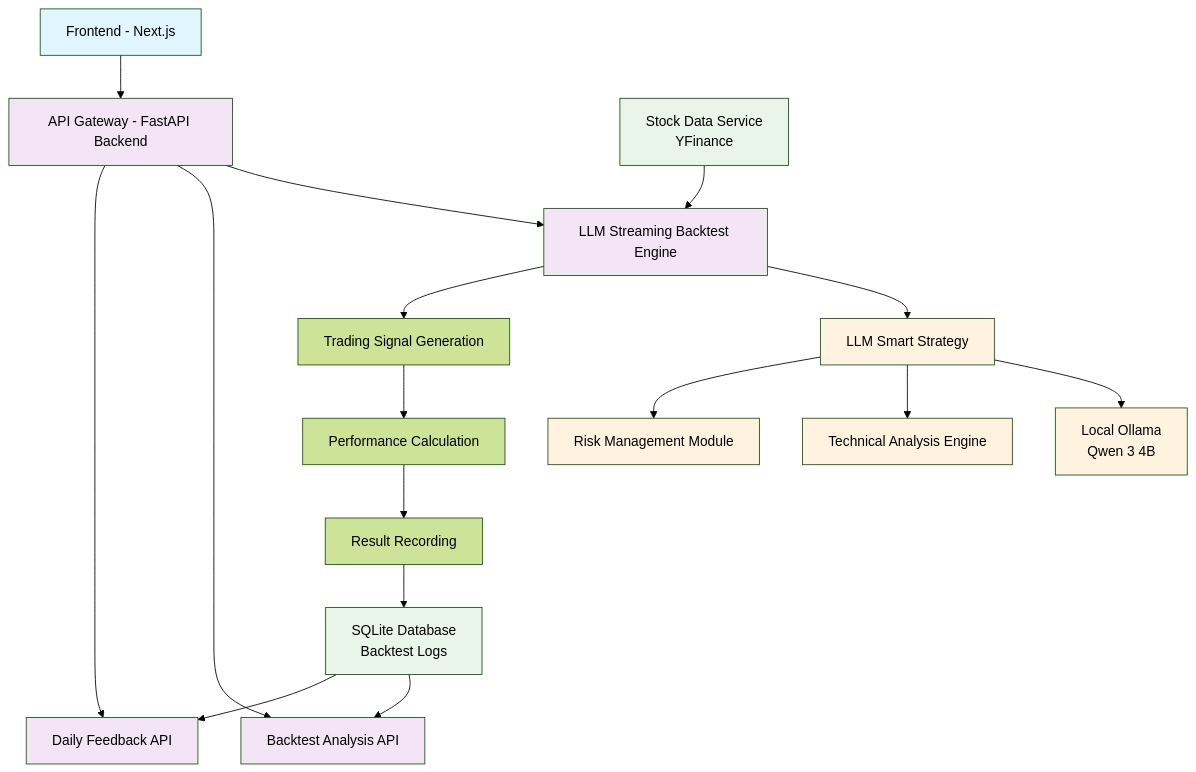
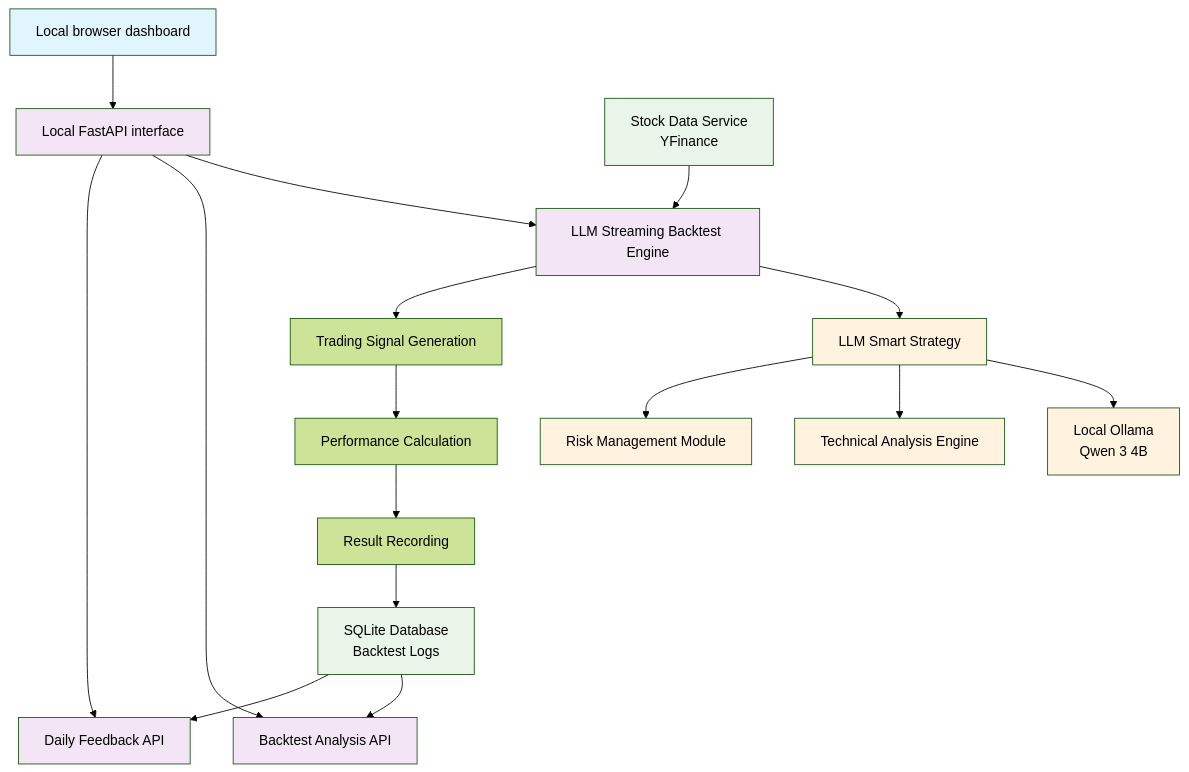
Before and after one commit to TomeyGeneralCompany/llm-stock-trader-of-awesomeness: the diagram in README.md, drawn with Mermaid (forest theme). The commit also changed other lines of this file and 13 other files, not shown here.

Commit message:
Keep the dashboard and Ollama on loopback with local controller storage

````diff
--- a/README.md
+++ b/README.md
@@ -30,38 +34,38 @@
 ```mermaid
 flowchart TD
     %% User Interface Layer
-    A[Frontend - Next.js] --> B[API Gateway - FastAPI Backend]
+    A[Local browser dashboard] --> B[Local FastAPI interface]
     
     %% Main Function Modules
     B --> C[LLM Streaming Backtest Engine]
     B --> D[Backtest Analysis API]
     B --> E[Daily Feedback API]
     
     %% Data Layer
     F[Stock Data Service<br/>YFinance] --> C
     G[SQLite Database<br/>Backtest Logs] --> D
     G --> E
     
     %% LLM Strategy Engine
     C --> H[LLM Smart Strategy]
     H --> I[Local Ollama<br/>Qwen 3 4B]
     H --> J[Technical Analysis Engine]
     H --> K[Risk Management Module]
     
     %% Backtest Execution Flow
     C --> L[Trading Signal Generation]
     L --> M[Performance Calculation]
     M --> N[Result Recording]
     N --> G
     
     %% Style Definitions
     classDef frontend fill:#e1f5fe
     classDef backend fill:#f3e5f5
     classDef llm fill:#fff3e0
     classDef data fill:#e8f5e8
     
     class A frontend
     class B,C,D,E backend
     class H,I,J,K llm
     class F,G data
 ```
````
